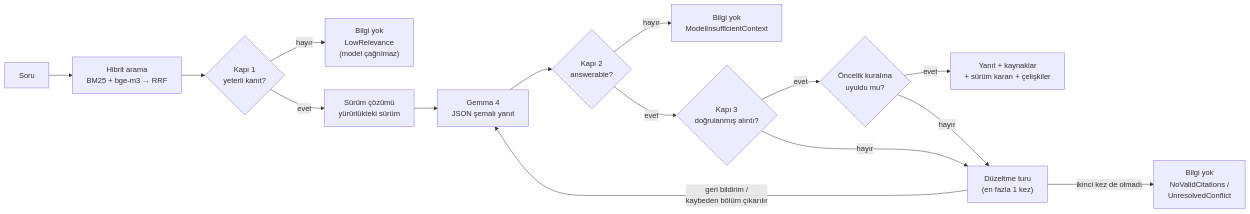
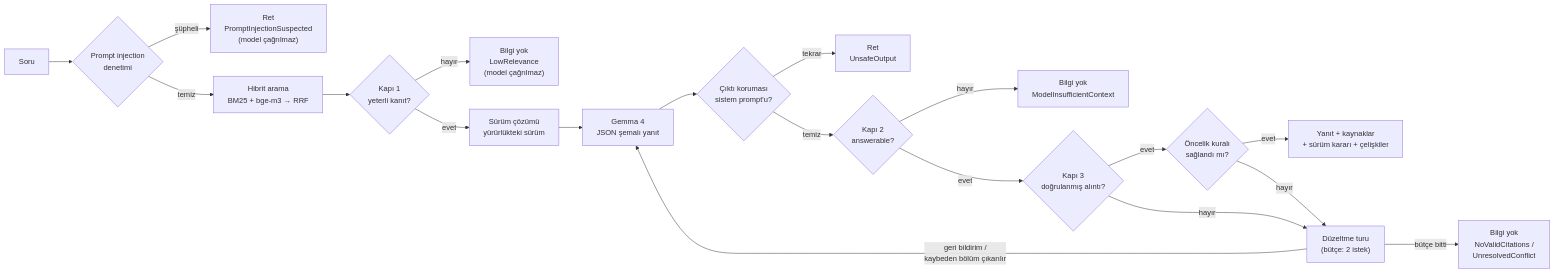
Before and after one commit to Burak-Ibrahim-Unal/LLMExampleWithNet: the diagram in README.md, drawn with Mermaid. The commit also changed other lines of this file and 2 other files, not shown here.

````diff
--- a/README.md
+++ b/README.md
@@ -259,17 +582,21 @@
 ```mermaid
 flowchart LR
-    Q[Soru] --> S["Hibrit arama<br/>BM25 + bge-m3 → RRF"]
+    Q[Soru] --> PI{"Prompt injection<br/>denetimi"}
+    PI -- şüpheli --> R0["Ret<br/>PromptInjectionSuspected<br/>(model çağrılmaz)"]
+    PI -- temiz --> S["Hibrit arama<br/>BM25 + bge-m3 → RRF"]
     S --> G1{"Kapı 1<br/>yeterli kanıt?"}
     G1 -- hayır --> R1["Bilgi yok<br/>LowRelevance<br/>(model çağrılmaz)"]
     G1 -- evet --> V["Sürüm çözümü<br/>yürürlükteki sürüm"]
     V --> L["Gemma 4<br/>JSON şemalı yanıt"]
-    L --> G2{"Kapı 2<br/>answerable?"}
+    L --> O{"Çıktı koruması<br/>sistem prompt'u?"}
+    O -- tekrar --> R4["Ret<br/>UnsafeOutput"]
+    O -- temiz --> G2{"Kapı 2<br/>answerable?"}
     G2 -- hayır --> R2["Bilgi yok<br/>ModelInsufficientContext"]
     G2 -- evet --> G3{"Kapı 3<br/>doğrulanmış alıntı?"}
-    G3 -- evet --> P{"Öncelik kuralına<br/>uyuldu mu?"}
+    G3 -- evet --> P{"Öncelik kuralı<br/>sağlandı mı?"}
     P -- evet --> A["Yanıt + kaynaklar<br/>+ sürüm kararı + çelişkiler"]
-    G3 -- hayır --> F["Düzeltme turu<br/>(en fazla 1 kez)"]
+    G3 -- hayır --> F["Düzeltme turu<br/>(bütçe: 2 istek)"]
     P -- hayır --> F
     F -- "geri bildirim /<br/>kaybeden bölüm çıkarılır" --> L
-    F -- "ikinci kez de olmadı" --> R3["Bilgi yok<br/>NoValidCitations /<br/>UnresolvedConflict"]
+    F -- "bütçe bitti" --> R3["Bilgi yok<br/>NoValidCitations /<br/>UnresolvedConflict"]
 ```
````
